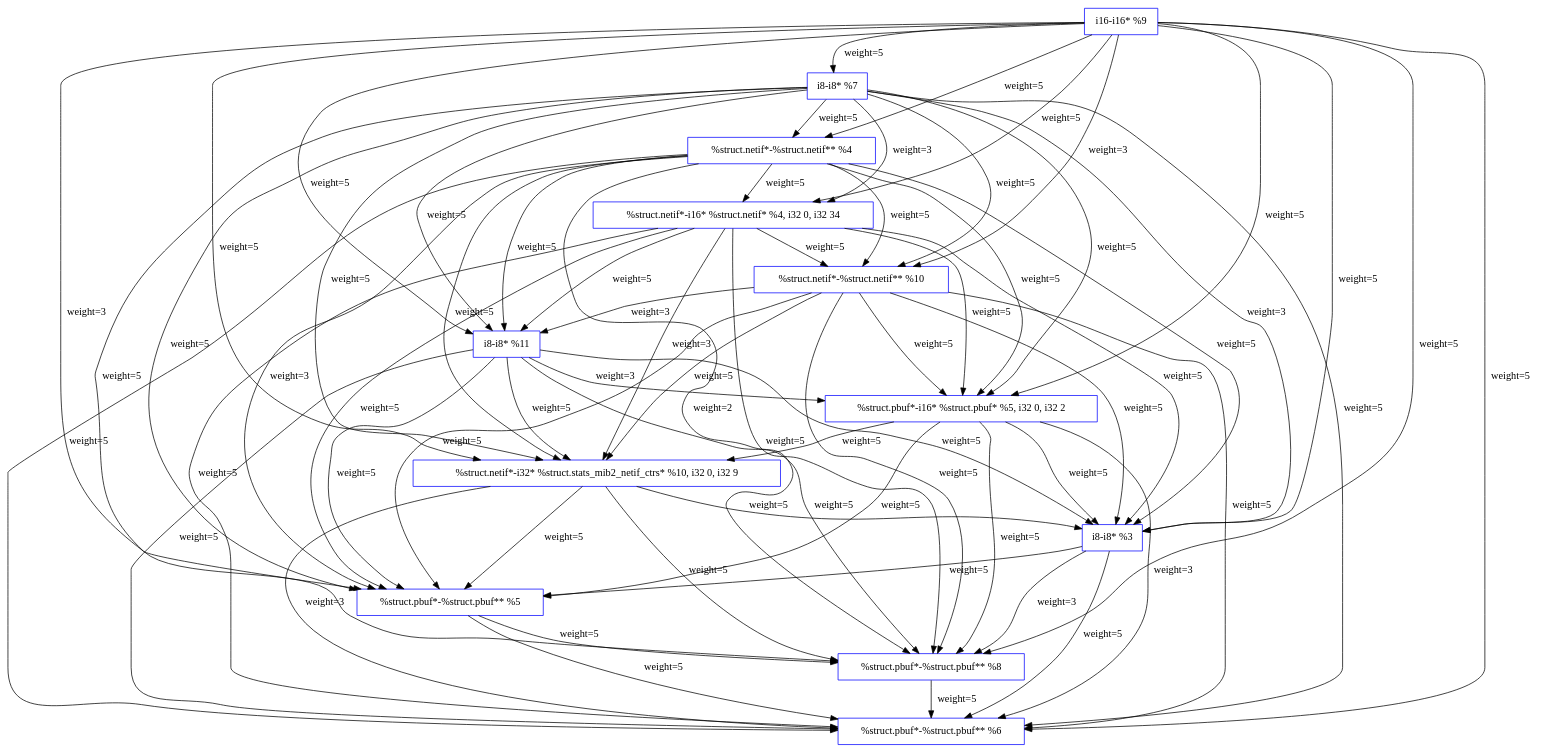
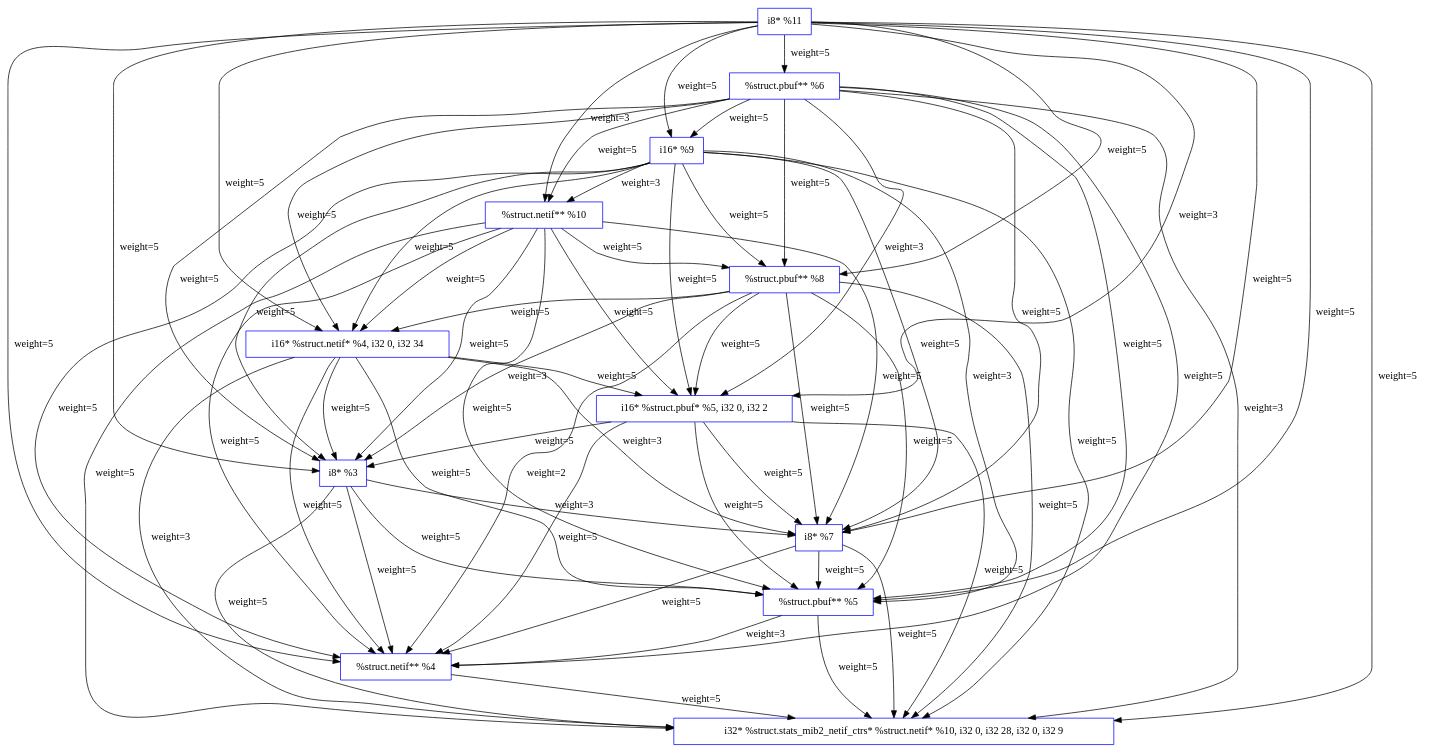
Before and after one commit to albaq77/GenerateDFG: the diagram in input/lwip/netif_loop_output_variable_access_graph.dot, drawn with Graphviz. The commit also changed 187 other files, not shown here.

```diff
--- a/input/lwip/netif_loop_output_variable_access_graph.dot
+++ b/input/lwip/netif_loop_output_variable_access_graph.dot
@@ -1,80 +1,80 @@
 strict digraph netif_loop_output {
-  1 [label="%struct.netif*-%struct.netif** %10", size=408, color=blue, shape=record];
-  2 [label="%struct.netif*-%struct.netif** %4", size=408, color=blue, shape=record];
-  3 [label="%struct.netif*-i16* %struct.netif* %4, i32 0, i32 34", size=2, color=blue, shape=record];
-  4 [label="%struct.netif*-i32* %struct.stats_mib2_netif_ctrs* %10, i32 0, i32 9", size=4, color=blue, shape=record];
-  5 [label="%struct.pbuf*-%struct.pbuf** %5", size=24, color=blue, shape=record];
-  6 [label="%struct.pbuf*-%struct.pbuf** %6", size=24, color=blue, shape=record];
-  7 [label="%struct.pbuf*-%struct.pbuf** %8", size=24, color=blue, shape=record];
-  8 [label="%struct.pbuf*-i16* %struct.pbuf* %5, i32 0, i32 2", size=2, color=blue, shape=record];
-  9 [label="i16-i16* %9", size=2, color=blue, shape=record];
-  10 [label="i8-i8* %11", size=1, color=blue, shape=record];
-  11 [label="i8-i8* %3", size=1, color=blue, shape=record];
-  12 [label="i8-i8* %7", size=1, color=blue, shape=record];
-  9 -> 2 [label="weight=5", weight="5"];
-  2 -> 1 [label="weight=5", weight="5"];
-  1 -> 5 [label="weight=5", weight="5"];
-  2 -> 10 [label="weight=5", weight="5"];
-  10 -> 5 [label="weight=5", weight="5"];
-  9 -> 10 [label="weight=5", weight="5"];
-  2 -> 8 [label="weight=5", weight="5"];
-  8 -> 5 [label="weight=5", weight="5"];
-  9 -> 8 [label="weight=5", weight="5"];
+  1 [label="%struct.netif** %10", size=408, color=blue, shape=record];
+  2 [label="%struct.netif** %4", size=408, color=blue, shape=record];
+  3 [label="%struct.pbuf** %5", size=24, color=blue, shape=record];
+  4 [label="%struct.pbuf** %6", size=24, color=blue, shape=record];
+  5 [label="%struct.pbuf** %8", size=24, color=blue, shape=record];
+  6 [label="i16* %9", size=2, color=blue, shape=record];
+  7 [label="i16* %struct.netif* %4, i32 0, i32 34", size=2, color=blue, shape=record];
+  8 [label="i16* %struct.pbuf* %5, i32 0, i32 2", size=2, color=blue, shape=record];
+  9 [label="i32* %struct.stats_mib2_netif_ctrs* %struct.netif* %10, i32 0, i32 28, i32 0, i32 9", size=4, color=blue, shape=record];
+  10 [label="i8* %11", size=1, color=blue, shape=record];
+  11 [label="i8* %3", size=1, color=blue, shape=record];
+  12 [label="i8* %7", size=1, color=blue, shape=record];
+  6 -> 2 [label="weight=5", weight="5"];
+  1 -> 2 [label="weight=5", weight="5"];
+  1 -> 3 [label="weight=5", weight="5"];
+  10 -> 2 [label="weight=5", weight="5"];
+  10 -> 3 [label="weight=5", weight="5"];
+  10 -> 6 [label="weight=5", weight="5"];
+  8 -> 2 [label="weight=5", weight="5"];
+  8 -> 3 [label="weight=5", weight="5"];
+  6 -> 8 [label="weight=5", weight="5"];
   1 -> 8 [label="weight=5", weight="5"];
-  2 -> 6 [label="weight=5", weight="5"];
-  5 -> 6 [label="weight=5", weight="5"];
-  9 -> 6 [label="weight=5", weight="5"];
-  1 -> 6 [label="weight=5", weight="5"];
-  10 -> 6 [label="weight=5", weight="5"];
-  2 -> 4 [label="weight=5", weight="5"];
-  4 -> 5 [label="weight=5", weight="5"];
-  9 -> 4 [label="weight=5", weight="5"];
-  1 -> 4 [label="weight=5", weight="5"];
+  4 -> 2 [label="weight=5", weight="5"];
+  4 -> 3 [label="weight=5", weight="5"];
+  4 -> 6 [label="weight=5", weight="5"];
+  4 -> 1 [label="weight=5", weight="5"];
   10 -> 4 [label="weight=5", weight="5"];
-  8 -> 4 [label="weight=5", weight="5"];
-  2 -> 3 [label="weight=5", weight="5"];
-  3 -> 5 [label="weight=5", weight="5"];
-  9 -> 3 [label="weight=5", weight="5"];
-  3 -> 1 [label="weight=5", weight="5"];
-  3 -> 10 [label="weight=5", weight="5"];
-  3 -> 8 [label="weight=5", weight="5"];
-  3 -> 6 [label="weight=5", weight="5"];
+  2 -> 9 [label="weight=5", weight="5"];
+  3 -> 9 [label="weight=5", weight="5"];
+  6 -> 9 [label="weight=5", weight="5"];
+  1 -> 9 [label="weight=5", weight="5"];
+  10 -> 9 [label="weight=5", weight="5"];
+  8 -> 9 [label="weight=5", weight="5"];
+  7 -> 2 [label="weight=5", weight="5"];
+  7 -> 3 [label="weight=5", weight="5"];
+  6 -> 7 [label="weight=5", weight="5"];
+  1 -> 7 [label="weight=5", weight="5"];
+  10 -> 7 [label="weight=5", weight="5"];
+  7 -> 8 [label="weight=5", weight="5"];
+  4 -> 7 [label="weight=5", weight="5"];
   12 -> 2 [label="weight=5", weight="5"];
-  12 -> 5 [label="weight=5", weight="5"];
-  9 -> 12 [label="weight=5", weight="5"];
-  12 -> 1 [label="weight=5", weight="5"];
-  12 -> 10 [label="weight=5", weight="5"];
-  12 -> 8 [label="weight=5", weight="5"];
-  12 -> 6 [label="weight=5", weight="5"];
-  12 -> 4 [label="weight=5", weight="5"];
-  2 -> 11 [label="weight=5", weight="5"];
-  11 -> 5 [label="weight=5", weight="5"];
-  9 -> 11 [label="weight=5", weight="5"];
+  12 -> 3 [label="weight=5", weight="5"];
+  6 -> 12 [label="weight=5", weight="5"];
+  1 -> 12 [label="weight=5", weight="5"];
+  10 -> 12 [label="weight=5", weight="5"];
+  8 -> 12 [label="weight=5", weight="5"];
+  4 -> 12 [label="weight=5", weight="5"];
+  12 -> 9 [label="weight=5", weight="5"];
+  11 -> 2 [label="weight=5", weight="5"];
+  11 -> 3 [label="weight=5", weight="5"];
+  6 -> 11 [label="weight=5", weight="5"];
   1 -> 11 [label="weight=5", weight="5"];
   10 -> 11 [label="weight=5", weight="5"];
   8 -> 11 [label="weight=5", weight="5"];
-  11 -> 6 [label="weight=5", weight="5"];
   4 -> 11 [label="weight=5", weight="5"];
-  3 -> 11 [label="weight=5", weight="5"];
+  11 -> 9 [label="weight=5", weight="5"];
+  7 -> 11 [label="weight=5", weight="5"];
+  5 -> 3 [label="weight=5", weight="5"];
+  6 -> 5 [label="weight=5", weight="5"];
+  1 -> 5 [label="weight=5", weight="5"];
+  10 -> 5 [label="weight=5", weight="5"];
+  5 -> 8 [label="weight=5", weight="5"];
+  4 -> 5 [label="weight=5", weight="5"];
+  5 -> 9 [label="weight=5", weight="5"];
   5 -> 7 [label="weight=5", weight="5"];
-  9 -> 7 [label="weight=5", weight="5"];
-  1 -> 7 [label="weight=5", weight="5"];
-  10 -> 7 [label="weight=5", weight="5"];
-  8 -> 7 [label="weight=5", weight="5"];
-  7 -> 6 [label="weight=5", weight="5"];
-  4 -> 7 [label="weight=5", weight="5"];
-  3 -> 7 [label="weight=5", weight="5"];
-  12 -> 7 [label="weight=5", weight="5"];
-  2 -> 5 [label="weight=3", weight="3"];
-  9 -> 5 [label="weight=3", weight="3"];
-  9 -> 1 [label="weight=3", weight="3"];
-  1 -> 10 [label="weight=3", weight="3"];
+  5 -> 12 [label="weight=5", weight="5"];
+  3 -> 2 [label="weight=3", weight="3"];
+  6 -> 3 [label="weight=3", weight="3"];
+  6 -> 1 [label="weight=3", weight="3"];
+  10 -> 1 [label="weight=3", weight="3"];
   10 -> 8 [label="weight=3", weight="3"];
-  8 -> 6 [label="weight=3", weight="3"];
-  4 -> 6 [label="weight=3", weight="3"];
-  3 -> 4 [label="weight=3", weight="3"];
-  12 -> 3 [label="weight=3", weight="3"];
-  12 -> 11 [label="weight=3", weight="3"];
-  11 -> 7 [label="weight=3", weight="3"];
-  2 -> 7 [label="weight=2", weight="2"];
+  4 -> 8 [label="weight=3", weight="3"];
+  4 -> 9 [label="weight=3", weight="3"];
+  7 -> 9 [label="weight=3", weight="3"];
+  7 -> 12 [label="weight=3", weight="3"];
+  11 -> 12 [label="weight=3", weight="3"];
+  5 -> 11 [label="weight=3", weight="3"];
+  5 -> 2 [label="weight=2", weight="2"];
 }
```
